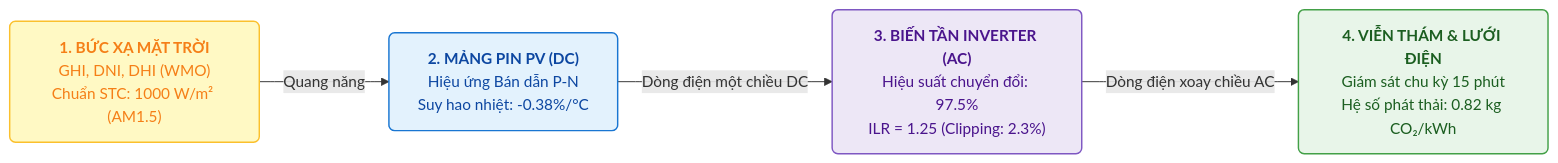
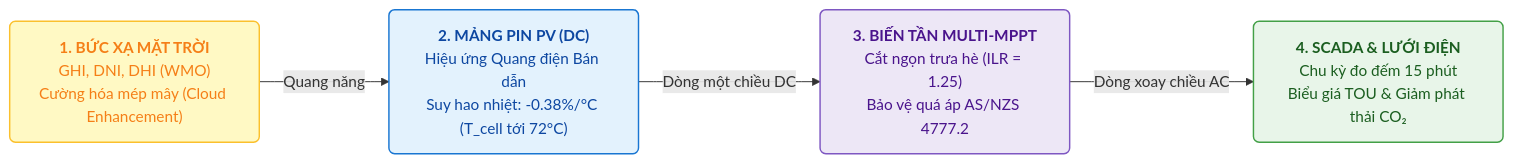
Before and after one commit to nguyenvunhut/solar-engergy: the first of 2 diagrams in README.md, drawn with Mermaid. The commit also changed other lines of this file, not shown here.

````diff
--- a/README.md
+++ b/README.md
@@ -54,16 +55,16 @@
 ```mermaid
 flowchart LR
     classDef sunClass fill:#fff9c4,stroke:#fbc02d,stroke-width:1.5px,color:#f57f17,rx:6px,ry:6px;
     classDef pvClass fill:#e3f2fd,stroke:#1976d2,stroke-width:1.5px,color:#0d47a1,rx:6px,ry:6px;
     classDef invClass fill:#ede7f6,stroke:#7e57c2,stroke-width:1.5px,color:#4a148c,rx:6px,ry:6px;
     classDef gridClass fill:#e8f5e9,stroke:#43a047,stroke-width:1.5px,color:#1b5e20,rx:6px,ry:6px;
 
-    Sun["<b>1. BỨC XẠ MẶT TRỜI</b><br/>GHI, DNI, DHI (WMO)<br/>Chuẩn STC: 1000 W/m² (AM1.5)"]:::sunClass
-    PV["<b>2. MẢNG PIN PV (DC)</b><br/>Hiệu ứng Bán dẫn P-N<br/>Suy hao nhiệt: -0.38%/°C"]:::pvClass
-    Inverter["<b>3. BIẾN TẦN INVERTER (AC)</b><br/>Hiệu suất chuyển đổi: 97.5%<br/>ILR = 1.25 (Clipping: 2.3%)"]:::invClass
-    Grid["<b>4. VIỄN THÁM & LƯỚI ĐIỆN</b><br/>Giám sát chu kỳ 15 phút<br/>Hệ số phát thải: 0.82 kg CO₂/kWh"]:::gridClass
+    Sun["<b>1. BỨC XẠ MẶT TRỜI</b><br/>GHI, DNI, DHI (WMO)<br/>Cường hóa mép mây (Cloud Enhancement)"]:::sunClass
+    PV["<b>2. MẢNG PIN PV (DC)</b><br/>Hiệu ứng Quang điện Bán dẫn<br/>Suy hao nhiệt: -0.38%/°C (T_cell tới 72°C)"]:::pvClass
+    Inverter["<b>3. BIẾN TẦN MULTI-MPPT</b><br/>Cắt ngọn trưa hè (ILR = 1.25)<br/>Bảo vệ quá áp AS/NZS 4777.2"]:::invClass
+    Grid["<b>4. SCADA & LƯỚI ĐIỆN</b><br/>Chu kỳ đo đếm 15 phút<br/>Biểu giá TOU & Giảm phát thải CO₂"]:::gridClass
 
     Sun -->|Quang năng| PV
-    PV -->|Dòng điện một chiều DC| Inverter
-    Inverter -->|Dòng điện xoay chiều AC| Grid
+    PV -->|Dòng một chiều DC| Inverter
+    Inverter -->|Dòng xoay chiều AC| Grid
 ```
````
